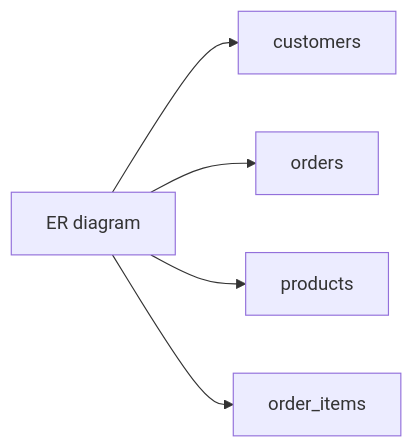
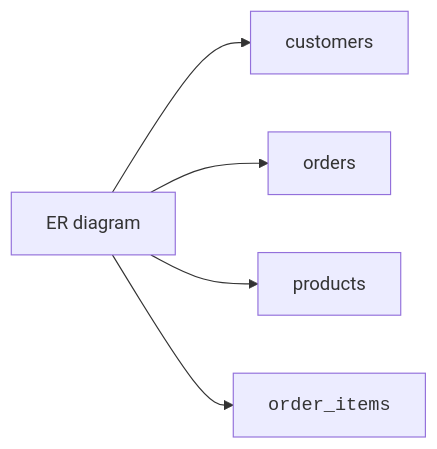
One commit to dataslope/dataslope changed the second of 5 diagrams in content/learn/database-design-postgresql/reading-er-diagrams.mdx. Above: the diagram before and after it, drawn with Mermaid. The commit also changed other lines of this file and 153 other files, not shown here.

First line of the commit message:
Render code-only mermaid shapes in monospace; convert step sequences to Steps

````diff
--- a/content/learn/database-design-postgresql/reading-er-diagrams.mdx
+++ b/content/learn/database-design-postgresql/reading-er-diagrams.mdx
@@ -55,7 +55,7 @@
 ```mermaid
 flowchart LR
     Diagram["ER diagram"] --> Customers["customers"]
     Diagram --> Orders["orders"]
     Diagram --> Products["products"]
-    Diagram --> Items["order_items"]
+    Diagram --> Items["<code>order_items</code>"]
 ```
````
